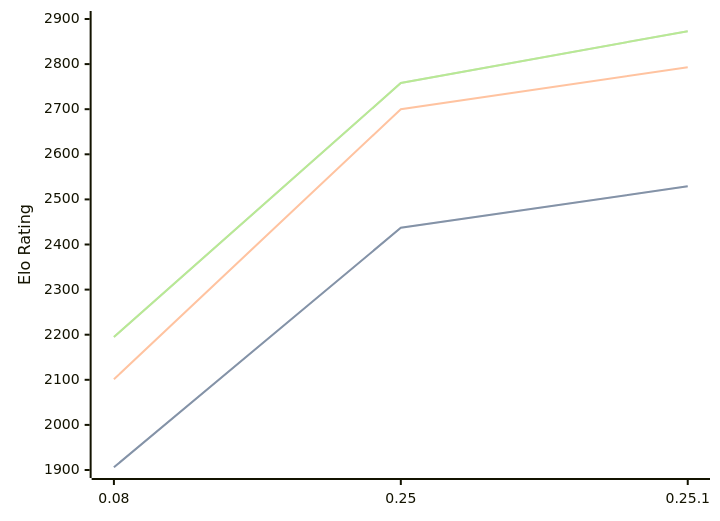
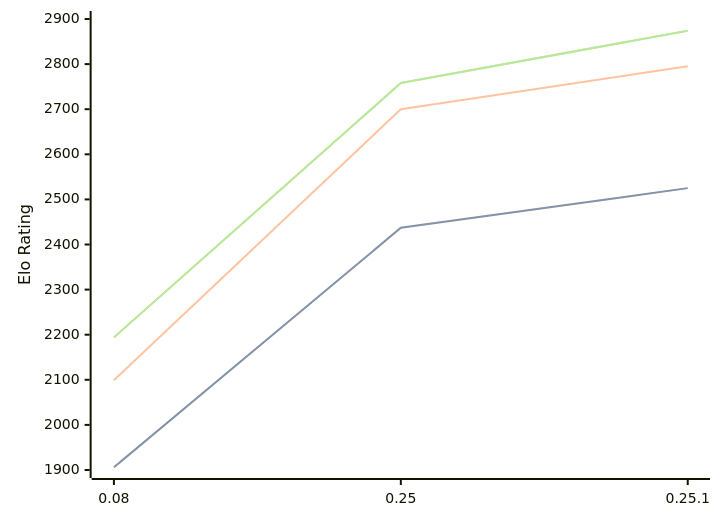
Before and after one commit to computer-chess-index/cci: the diagram in engines/Gecko.md, drawn with Mermaid. The commit also changed other lines of this file, not shown here.

Commit message:
Update CCI Ratings (ELO VLTC) - 2026-04-24

````diff
--- a/engines/Gecko.md
+++ b/engines/Gecko.md
@@ -33,11 +33,11 @@
 ```mermaid
 %%{init: {"theme":"base","themeVariables":{"seriesColors:['#a3a3a3','#222221','#faa371']}}}%%
 xychart-beta
   x-axis ["0.08", "0.25", "0.25.1"]
   y-axis "Elo Rating" 1900 --> 2900
-  line "STC (8.0+0.08s)" [1906, 2437, 2529]
-  line "STC (8.0+0.08s)" [1906, 2437, 2529]
-  line "LTC (60.0+0.60s)" [2101, 2700, 2793]
-  line "VLTC (2m24s+1.12s)" [2195, 2758, 2873]
-  line "VLTC (2m24s+1.12s)" [2195, 2758, 2873]
+  line "STC (8.0+0.08s)" [1906, 2437, 2525]
+  line "STC (8.0+0.08s)" [1906, 2437, 2525]
+  line "LTC (60.0+0.60s)" [2099, 2700, 2795]
+  line "VLTC (2m24s+1.12s)" [2194, 2758, 2874]
+  line "VLTC (2m24s+1.12s)" [2194, 2758, 2874]
 ```
````
